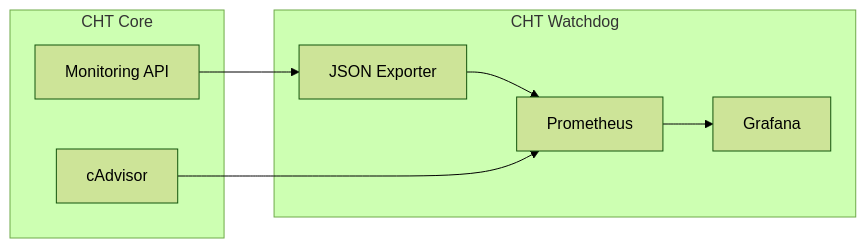
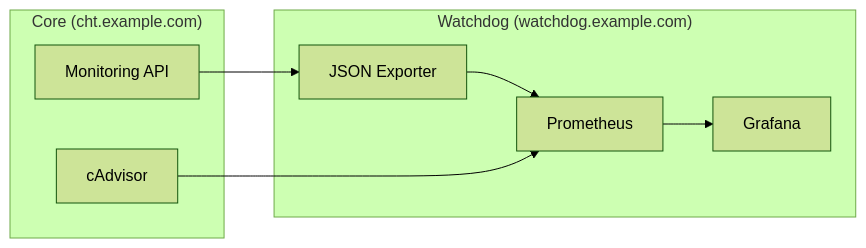
The second of 2 diagrams in content/en/apps/guides/hosting/monitoring/integration.md (medic/cht-docs), drawn with Mermaid (forest theme) before and after one commit. The commit also changed other lines of this file, not shown here.

````diff
--- a/content/en/apps/guides/hosting/monitoring/integration.md
+++ b/content/en/apps/guides/hosting/monitoring/integration.md
@@ -40,16 +40,16 @@
 ```mermaid
 flowchart LR
 
-subgraph core[CHT Core]
+subgraph core["Core (cht.example.com)"]
   mon_api["Monitoring API"]:::client_node
   cAdvisor:::client_node
 end
 
-subgraph watchdog[CHT Watchdog]
+subgraph watchdog["Watchdog (watchdog.example.com)"]
     json[JSON Exporter] --> Prometheus
     Prometheus --> Grafana
 end
 
 mon_api  --> json
 cAdvisor  --> Prometheus
 ```
````
